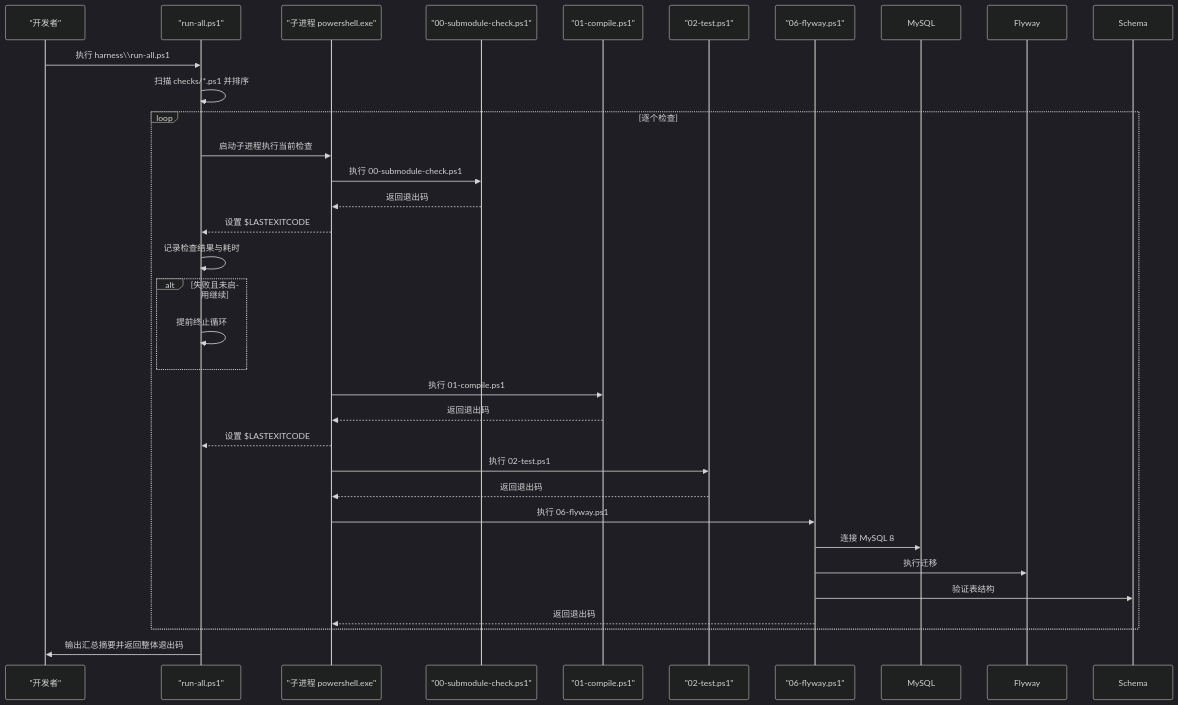
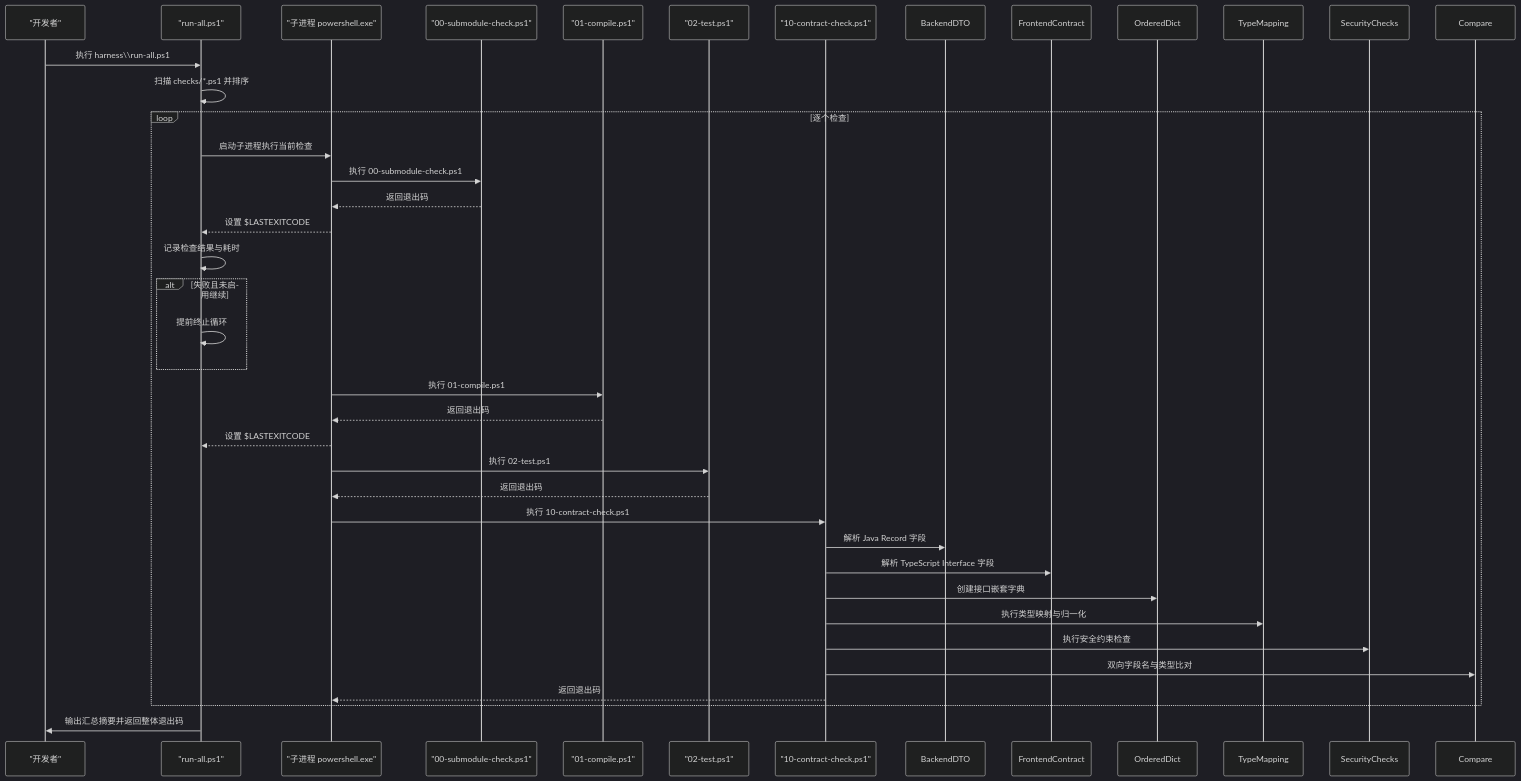
Before and after one commit to luyitiger6/my-first-project: the second of 8 diagrams in .qoder/repowiki/zh/content/自动化验证/自定义闸门开发.md, drawn with Mermaid (dark theme). The commit also changed other lines of this file and 54 other files, not shown here.

````diff
--- a/.qoder/repowiki/zh/content/自动化验证/自定义闸门开发.md
+++ b/.qoder/repowiki/zh/content/自动化验证/自定义闸门开发.md
@@ -102,33 +108,36 @@
 ```mermaid
 sequenceDiagram
 participant Dev as "开发者"
 participant Runner as "run-all.ps1"
 participant SubPS as "子进程 powershell.exe"
 participant CheckA as "00-submodule-check.ps1"
 participant CheckB as "01-compile.ps1"
 participant CheckC as "02-test.ps1"
-participant CheckF as "06-flyway.ps1"
+participant CheckK as "10-contract-check.ps1"
 Dev->>Runner : 执行 harness\\run-all.ps1
 Runner->>Runner : 扫描 checks/*.ps1 并排序
 loop 逐个检查
 Runner->>SubPS : 启动子进程执行当前检查
 SubPS->>CheckA : 执行 00-submodule-check.ps1
 CheckA-->>SubPS : 返回退出码
 SubPS-->>Runner : 设置 $LASTEXITCODE
 Runner->>Runner : 记录检查结果与耗时
 alt 失败且未启用继续
 Runner->>Runner : 提前终止循环
 end
 SubPS->>CheckB : 执行 01-compile.ps1
 CheckB-->>SubPS : 返回退出码
 SubPS-->>Runner : 设置 $LASTEXITCODE
 SubPS->>CheckC : 执行 02-test.ps1
 CheckC-->>SubPS : 返回退出码
-SubPS->>CheckF : 执行 06-flyway.ps1
-CheckF->>MySQL : 连接 MySQL 8
-CheckF->>Flyway : 执行迁移
-CheckF->>Schema : 验证表结构
-CheckF-->>SubPS : 返回退出码
+SubPS->>CheckK : 执行 10-contract-check.ps1
+CheckK->>BackendDTO : 解析 Java Record 字段
+CheckK->>FrontendContract : 解析 TypeScript Interface 字段
+CheckK->>OrderedDict : 创建接口嵌套字典
+CheckK->>TypeMapping : 执行类型映射与归一化
+CheckK->>SecurityChecks : 执行安全约束检查
+CheckK->>Compare : 双向字段名与类型比对
+CheckK-->>SubPS : 返回退出码
 end
 Runner->>Dev : 输出汇总摘要并返回整体退出码
 ```
````
